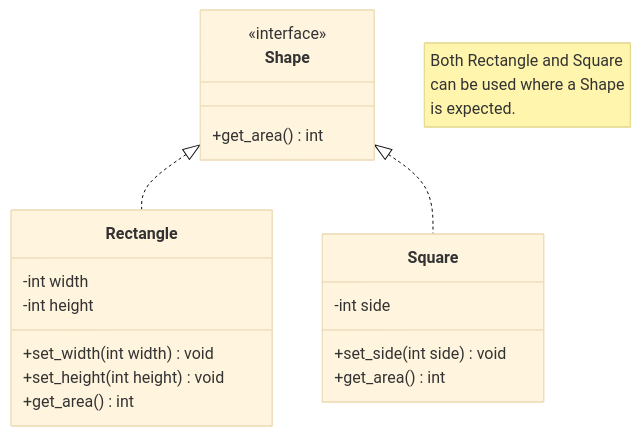
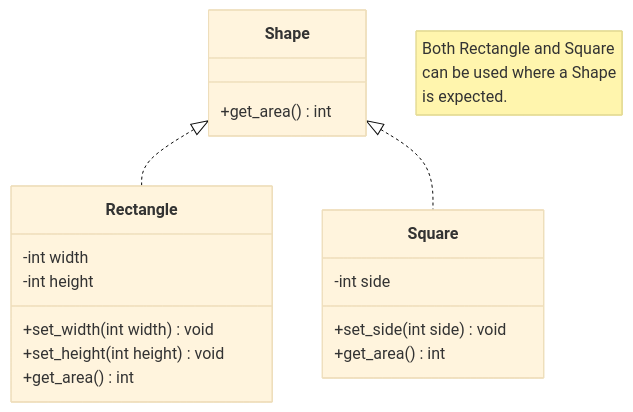
One commit to zhu-weijie/my-static-blog changed the third of 5 diagrams in content/2025-09-10-solid.md. Above: the diagram before and after it, drawn with Mermaid (base theme). The commit also changed other lines of this file and 3 other files, not shown here.

````diff
--- a/content/2025-09-10-solid.md
+++ b/content/2025-09-10-solid.md
@@ -60,24 +59,23 @@
 ```mermaid
 classDiagram
     class Shape {
-        <<interface>>
         +get_area() int
     }
     class Rectangle {
         -int width
         -int height
         +set_width(int width) void
         +set_height(int height) void
         +get_area() int
     }
     class Square {
         -int side
         +set_side(int side) void
         +get_area() int
     }
 
     Shape <|.. Rectangle
     Shape <|.. Square
 
     note "Both Rectangle and Square<br/>can be used where a Shape<br/>is expected."
 ```
````
